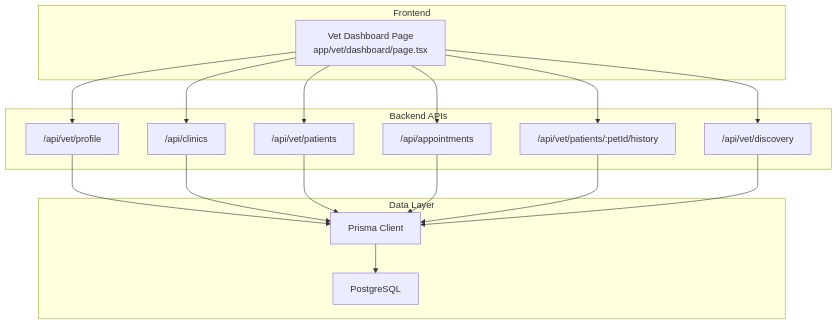
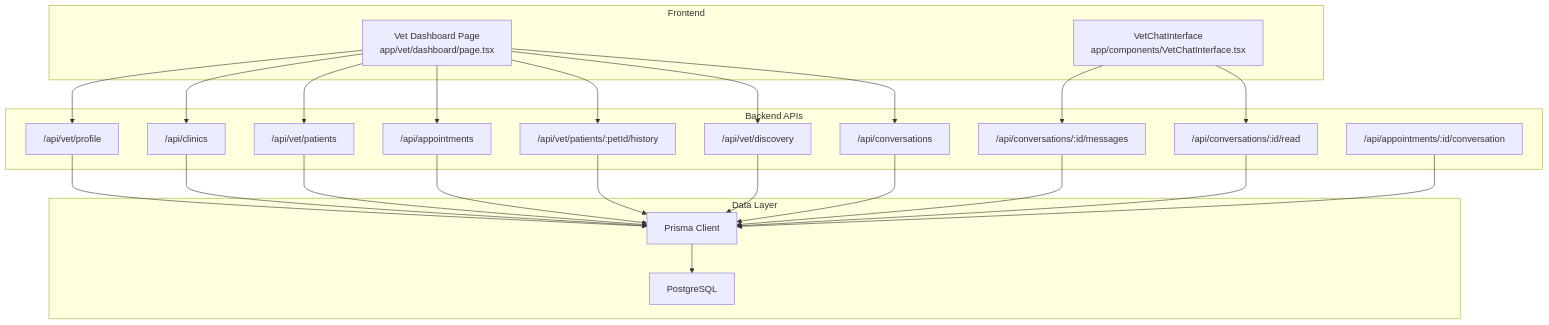
Before and after one commit to Javeria-Javaid/ai-powered-pet-healthcare-ecosystem: the first of 10 diagrams in .qoder/repowiki/en/content/User Dashboards/Veterinarian Dashboard.md, drawn with Mermaid. The commit also changed other lines of this file and 37 other files, not shown here.

````diff
--- a/.qoder/repowiki/en/content/User Dashboards/Veterinarian Dashboard.md
+++ b/.qoder/repowiki/en/content/User Dashboards/Veterinarian Dashboard.md
@@ -43,31 +59,43 @@
 ```mermaid
 graph TB
 subgraph "Frontend"
 VET_DASH["Vet Dashboard Page<br/>app/vet/dashboard/page.tsx"]
+CHAT_INTERFACE["VetChatInterface<br/>app/components/VetChatInterface.tsx"]
 end
 subgraph "Backend APIs"
 API_VET_PROFILE["/api/vet/profile"]
 API_CLINICS["/api/clinics"]
 API_VET_PATIENTS["/api/vet/patients"]
 API_APPTS["/api/appointments"]
 API_HISTORY["/api/vet/patients/:petId/history"]
 API_DISCOVERY["/api/vet/discovery"]
+API_CONVERSATIONS["/api/conversations"]
+API_MESSAGES["/api/conversations/:id/messages"]
+API_MARK_READ["/api/conversations/:id/read"]
+API_APPT_CONV["/api/appointments/:id/conversation"]
 end
 subgraph "Data Layer"
 PRISMA["Prisma Client"]
 DB["PostgreSQL"]
 end
 VET_DASH --> API_VET_PROFILE
 VET_DASH --> API_CLINICS
 VET_DASH --> API_VET_PATIENTS
 VET_DASH --> API_APPTS
 VET_DASH --> API_HISTORY
 VET_DASH --> API_DISCOVERY
+VET_DASH --> API_CONVERSATIONS
+CHAT_INTERFACE --> API_MESSAGES
+CHAT_INTERFACE --> API_MARK_READ
 API_VET_PROFILE --> PRISMA
 API_CLINICS --> PRISMA
 API_VET_PATIENTS --> PRISMA
 API_APPTS --> PRISMA
 API_HISTORY --> PRISMA
 API_DISCOVERY --> PRISMA
+API_CONVERSATIONS --> PRISMA
+API_MESSAGES --> PRISMA
+API_MARK_READ --> PRISMA
+API_APPT_CONV --> PRISMA
 PRISMA --> DB
 ```
````
